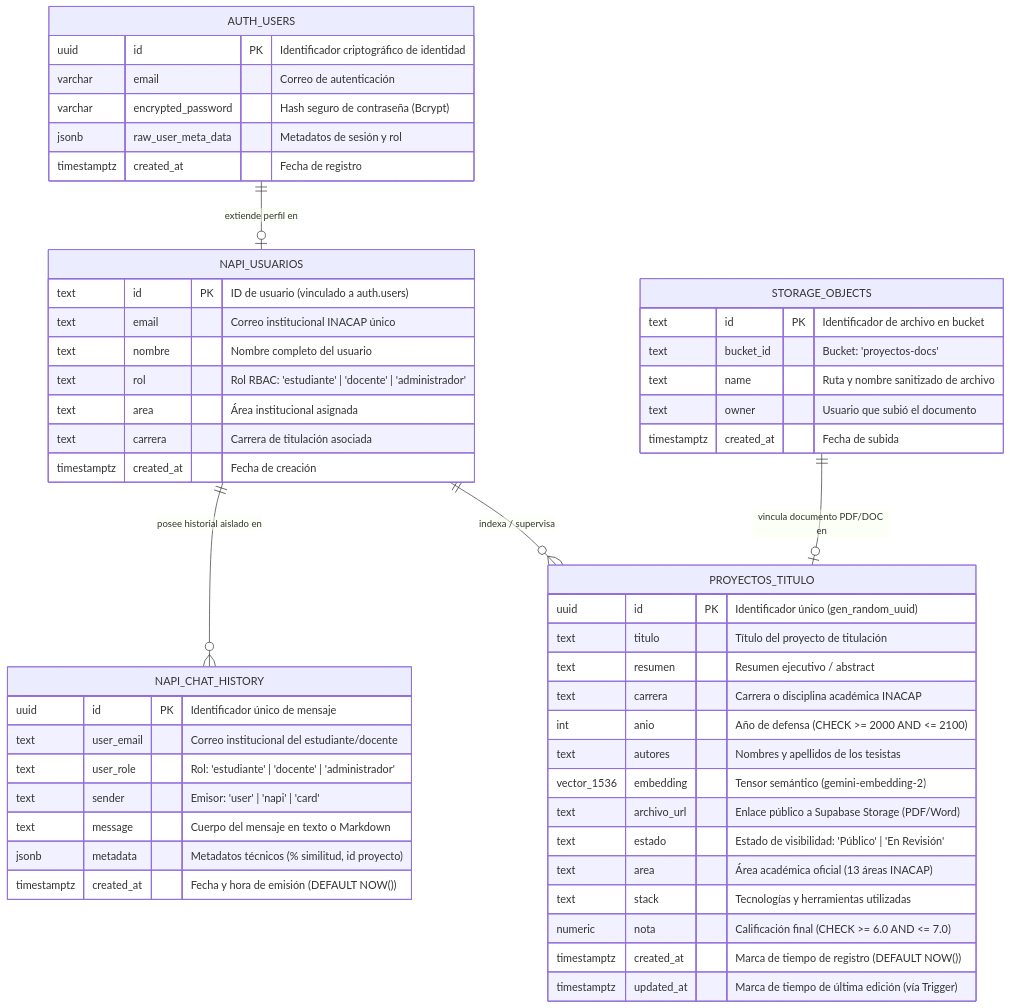
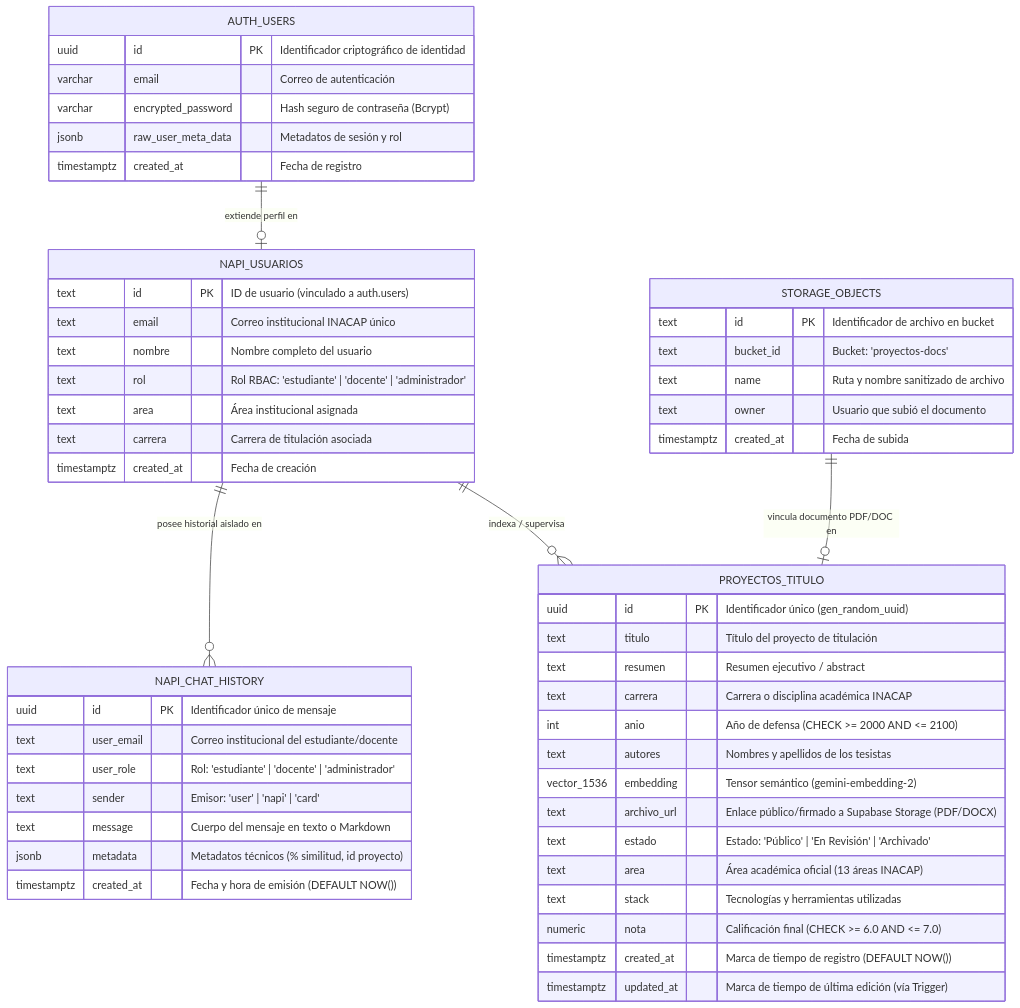
Before and after one commit to MemoryTesis2026/N.A.P.I: the diagram in docs/arquitectura/03_modelo_datos.md, drawn with Mermaid. The commit also changed other lines of this file and 6 other files, not shown here.

````diff
--- a/docs/arquitectura/03_modelo_datos.md
+++ b/docs/arquitectura/03_modelo_datos.md
@@ -10,66 +10,66 @@
 ```mermaid
 erDiagram
     %% ENTIDAD PRINCIPAL: PROYECTOS_TITULO
     PROYECTOS_TITULO {
         uuid id PK "Identificador único (gen_random_uuid)"
         text titulo "Título del proyecto de titulación"
         text resumen "Resumen ejecutivo / abstract"
         text carrera "Carrera o disciplina académica INACAP"
         int anio "Año de defensa (CHECK >= 2000 AND <= 2100)"
         text autores "Nombres y apellidos de los tesistas"
         vector_1536 embedding "Tensor semántico (gemini-embedding-2)"
-        text archivo_url "Enlace público a Supabase Storage (PDF/Word)"
-        text estado "Estado de visibilidad: 'Público' | 'En Revisión'"
+        text archivo_url "Enlace público/firmado a Supabase Storage (PDF/DOCX)"
+        text estado "Estado: 'Público' | 'En Revisión' | 'Archivado'"
         text area "Área académica oficial (13 áreas INACAP)"
         text stack "Tecnologías y herramientas utilizadas"
         numeric nota "Calificación final (CHECK >= 6.0 AND <= 7.0)"
         timestamptz created_at "Marca de tiempo de registro (DEFAULT NOW())"
         timestamptz updated_at "Marca de tiempo de última edición (vía Trigger)"
     }
 
     %% ENTIDAD DE HISTORIAL CONVERSACIONAL AISLADO
     NAPI_CHAT_HISTORY {
         uuid id PK "Identificador único de mensaje"
         text user_email "Correo institucional del estudiante/docente"
         text user_role "Rol: 'estudiante' | 'docente' | 'administrador'"
         text sender "Emisor: 'user' | 'napi' | 'card'"
         text message "Cuerpo del mensaje en texto o Markdown"
         jsonb metadata "Metadatos técnicos (% similitud, id proyecto)"
         timestamptz created_at "Fecha y hora de emisión (DEFAULT NOW())"
     }
 
     %% ENTIDAD DE USUARIOS Y ROLES (ESPEJO METADATOS)
     NAPI_USUARIOS {
         text id PK "ID de usuario (vinculado a auth.users)"
         text email "Correo institucional INACAP único"
         text nombre "Nombre completo del usuario"
         text rol "Rol RBAC: 'estudiante' | 'docente' | 'administrador'"
         text area "Área institucional asignada"
         text carrera "Carrera de titulación asociada"
         timestamptz created_at "Fecha de creación"
     }
 
     %% SERVICIO DE AUTENTICACIÓN SUPABASE (AUTH GO TRUE)
     AUTH_USERS {
         uuid id PK "Identificador criptográfico de identidad"
         varchar email "Correo de autenticación"
         varchar encrypted_password "Hash seguro de contraseña (Bcrypt)"
         jsonb raw_user_meta_data "Metadatos de sesión y rol"
         timestamptz created_at "Fecha de registro"
     }
 
     %% SERVICIO DE ALMACENAMIENTO (SUPABASE STORAGE)
     STORAGE_OBJECTS {
         text id PK "Identificador de archivo en bucket"
         text bucket_id "Bucket: 'proyectos-docs'"
         text name "Ruta y nombre sanitizado de archivo"
         text owner "Usuario que subió el documento"
         timestamptz created_at "Fecha de subida"
     }
 
     %% RELACIONES CONCEPTUALES Y CLAVES FORÁNEAS
     AUTH_USERS ||--o| NAPI_USUARIOS : "extiende perfil en"
     NAPI_USUARIOS ||--o{ NAPI_CHAT_HISTORY : "posee historial aislado en"
     NAPI_USUARIOS ||--o{ PROYECTOS_TITULO : "indexa / supervisa"
     STORAGE_OBJECTS ||--o| PROYECTOS_TITULO : "vincula documento PDF/DOC en"
 ```
````
